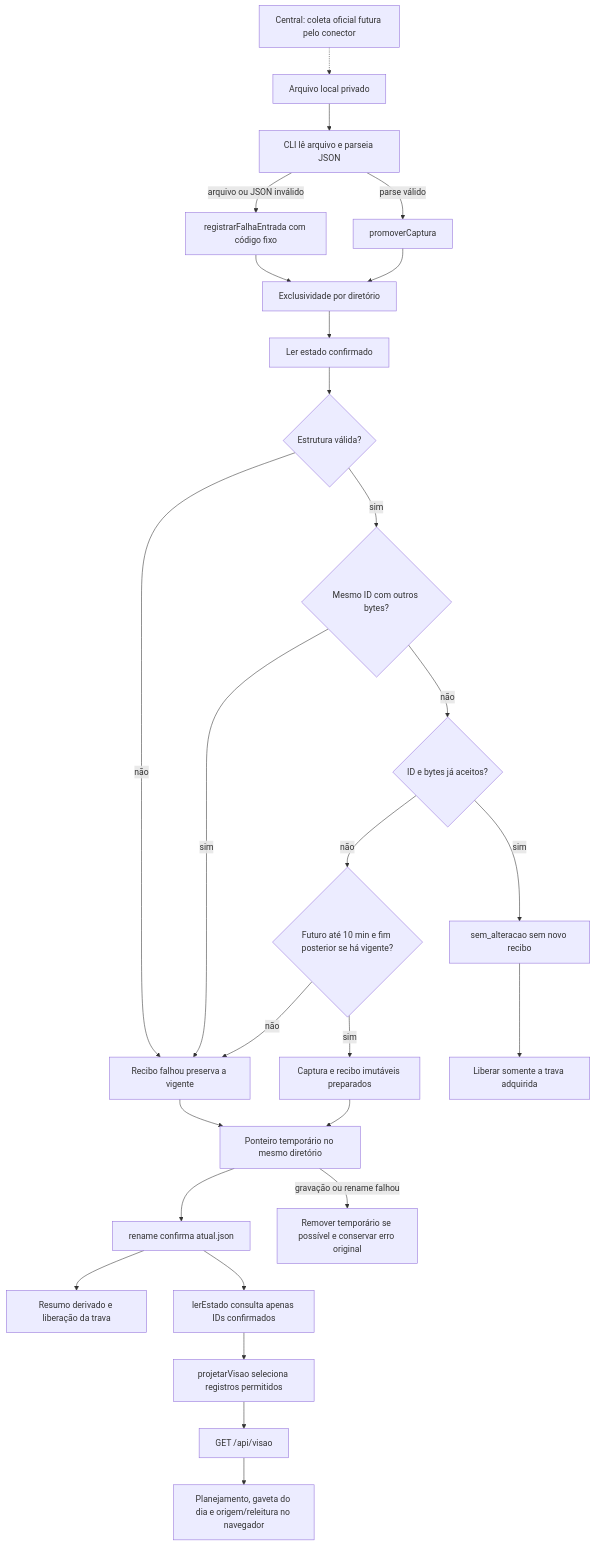
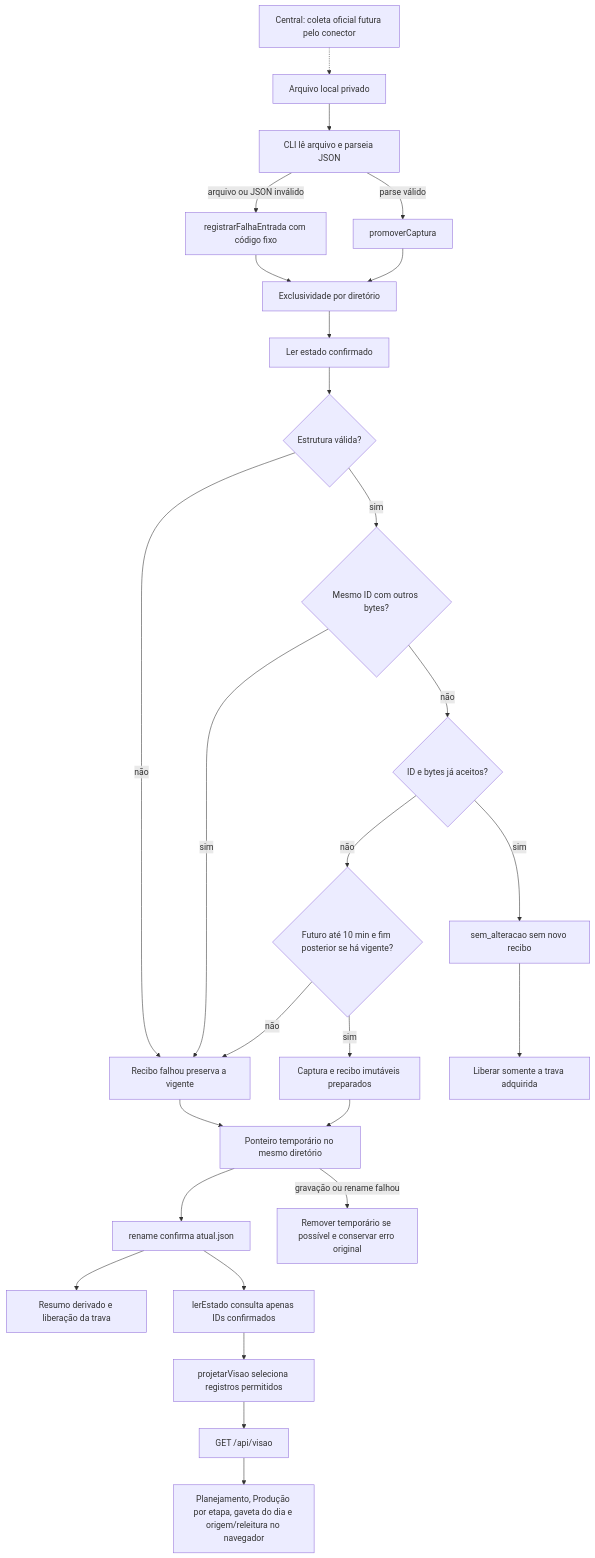
The second of 3 diagrams in docs/architecture.md (Browsher/crm-social), drawn with Mermaid before and after one commit. The commit also changed other lines of this file and 3 other files, not shown here.

````diff
--- a/docs/architecture.md
+++ b/docs/architecture.md
@@ -45,29 +45,29 @@
 ```mermaid
 flowchart TD
   Central["Central: coleta oficial futura pelo conector"] -.-> JSON[Arquivo local privado]
   JSON --> CLI[CLI lê arquivo e parseia JSON]
   CLI -->|arquivo ou JSON inválido| Falha[registrarFalhaEntrada com código fixo]
   CLI -->|parse válido| Promover[promoverCaptura]
   Falha --> Lock[Exclusividade por diretório]
   Promover --> Lock
   Lock --> Estado[Ler estado confirmado]
   Estado --> Validar{Estrutura válida?}
   Validar -->|não| Rejeitar[Recibo falhou preserva a vigente]
   Validar -->|sim| Conflito{Mesmo ID com outros bytes?}
   Conflito -->|sim| Rejeitar
   Conflito -->|não| Aceita{ID e bytes já aceitos?}
   Aceita -->|sim| NoOp[sem_alteracao sem novo recibo]
   Aceita -->|não| Tempo{Futuro até 10 min e fim posterior se há vigente?}
   Tempo -->|não| Rejeitar
   Tempo -->|sim| Preparar[Captura e recibo imutáveis preparados]
   Rejeitar --> Ponteiro
   Preparar --> Ponteiro[Ponteiro temporário no mesmo diretório]
   Ponteiro --> Confirmar[rename confirma atual.json]
   Ponteiro -->|gravação ou rename falhou| Limpeza[Remover temporário se possível e conservar erro original]
   Confirmar --> Cache[Resumo derivado e liberação da trava]
   NoOp --> Liberar[Liberar somente a trava adquirida]
   Confirmar --> Ler[lerEstado consulta apenas IDs confirmados]
   Ler --> Projetar[projetarVisao seleciona registros permitidos]
   Projetar --> API[GET /api/visao]
-  API --> UI[Planejamento, gaveta do dia e origem/releitura no navegador]
+  API --> UI[Planejamento, Produção por etapa, gaveta do dia e origem/releitura no navegador]
 ```
````
